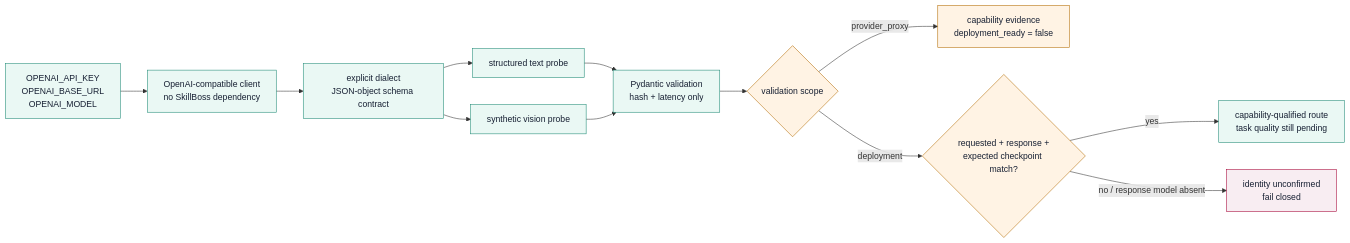
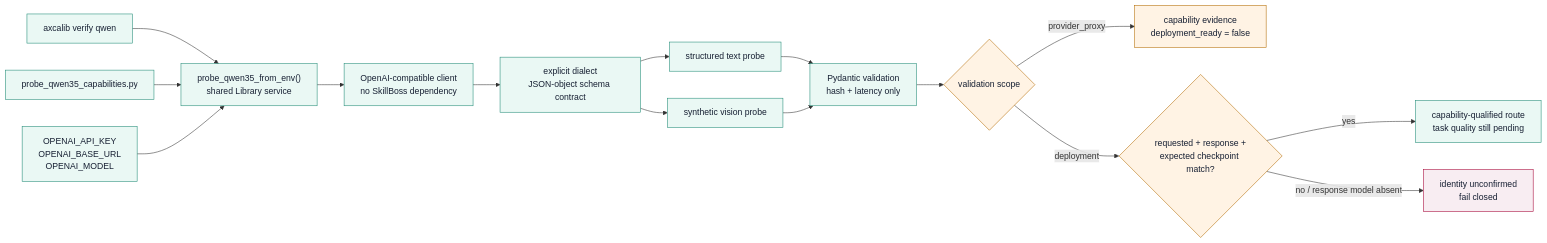
Before and after one commit to Infant83/AXCalib: the fourth of 20 diagrams in docs/architecture/workflow-blueprint.md, drawn with Mermaid. The commit also changed other lines of this file and 26 other files, not shown here.

Commit message:
Add on-prem Qwen verification CLI and Wiki runbook

````diff
--- a/docs/architecture/workflow-blueprint.md
+++ b/docs/architecture/workflow-blueprint.md
@@ -121,22 +121,25 @@
 ```mermaid
 flowchart LR
-    ENV["OPENAI_API_KEY<br/>OPENAI_BASE_URL<br/>OPENAI_MODEL"] --> CLIENT["OpenAI-compatible client<br/>no SkillBoss dependency"]
+    CLI["axcalib verify qwen"] --> SERVICE["probe_qwen35_from_env()<br/>shared Library service"]
+    SCRIPT["probe_qwen35_capabilities.py"] --> SERVICE
+    ENV["OPENAI_API_KEY<br/>OPENAI_BASE_URL<br/>OPENAI_MODEL"] --> SERVICE
+    SERVICE --> CLIENT["OpenAI-compatible client<br/>no SkillBoss dependency"]
     CLIENT --> DIALECT["explicit dialect<br/>JSON-object schema contract"]
     DIALECT --> TEXT["structured text probe"]
     DIALECT --> VISION["synthetic vision probe"]
     TEXT --> VALID["Pydantic validation<br/>hash + latency only"]
     VISION --> VALID
     VALID --> SCOPE{"validation scope"}
     SCOPE -->|provider_proxy| PROXY["capability evidence<br/>deployment_ready = false"]
     SCOPE -->|deployment| ID{"requested + response +<br/>expected checkpoint match?"}
     ID -->|yes| READY["capability-qualified route<br/>task quality still pending"]
     ID -->|no / response model absent| BLOCK["identity unconfirmed<br/>fail closed"]
 
     classDef pass fill:#EAF8F4,stroke:#1E8A75,color:#172033;
     classDef wait fill:#FFF3E4,stroke:#B36B00,color:#172033;
     classDef block fill:#F8EDF2,stroke:#A50034,color:#172033;
-    class ENV,CLIENT,DIALECT,TEXT,VISION,VALID pass;
+    class CLI,SCRIPT,SERVICE,ENV,CLIENT,DIALECT,TEXT,VISION,VALID pass;
     class SCOPE,ID,PROXY wait;
     class READY pass;
     class BLOCK block;
 ```
````
